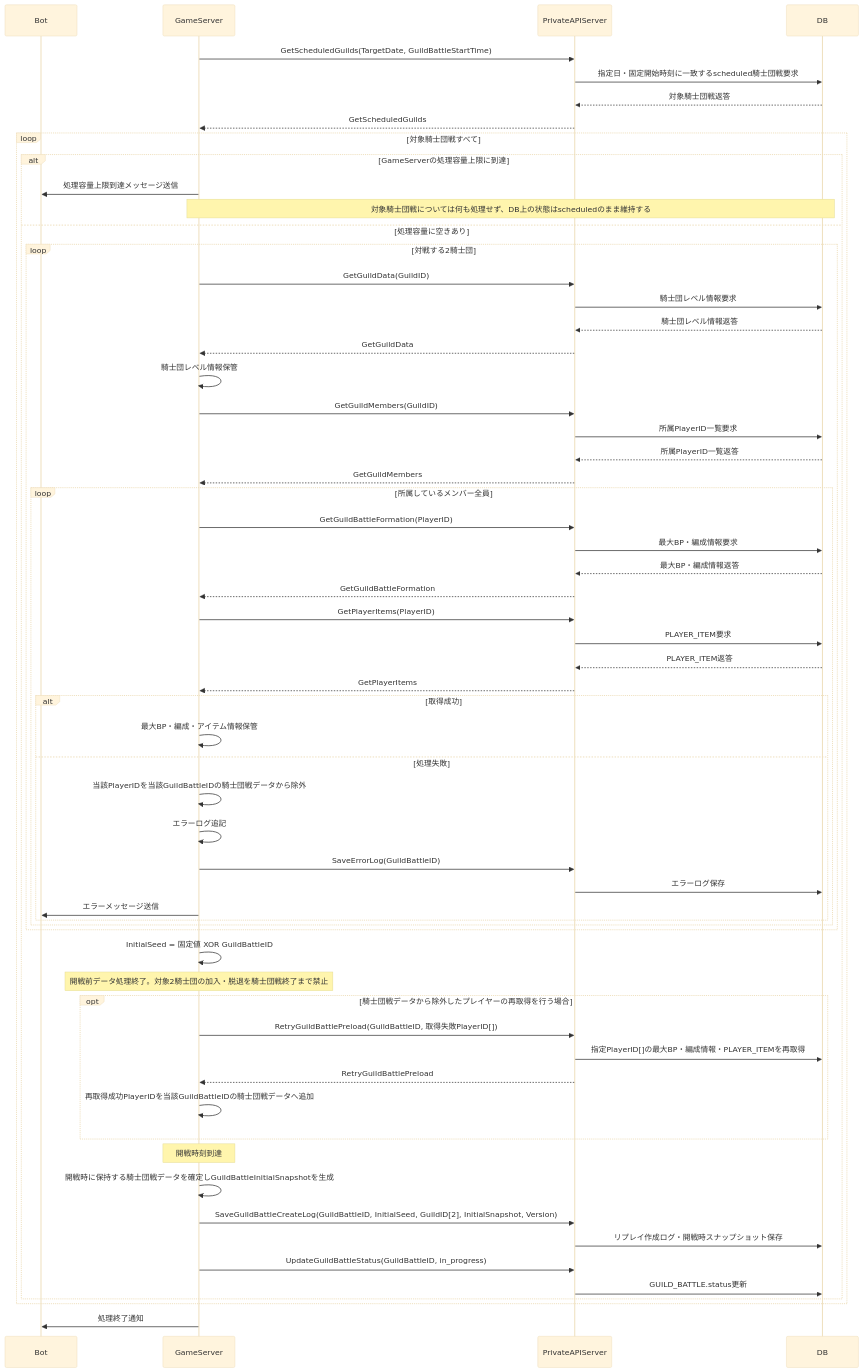
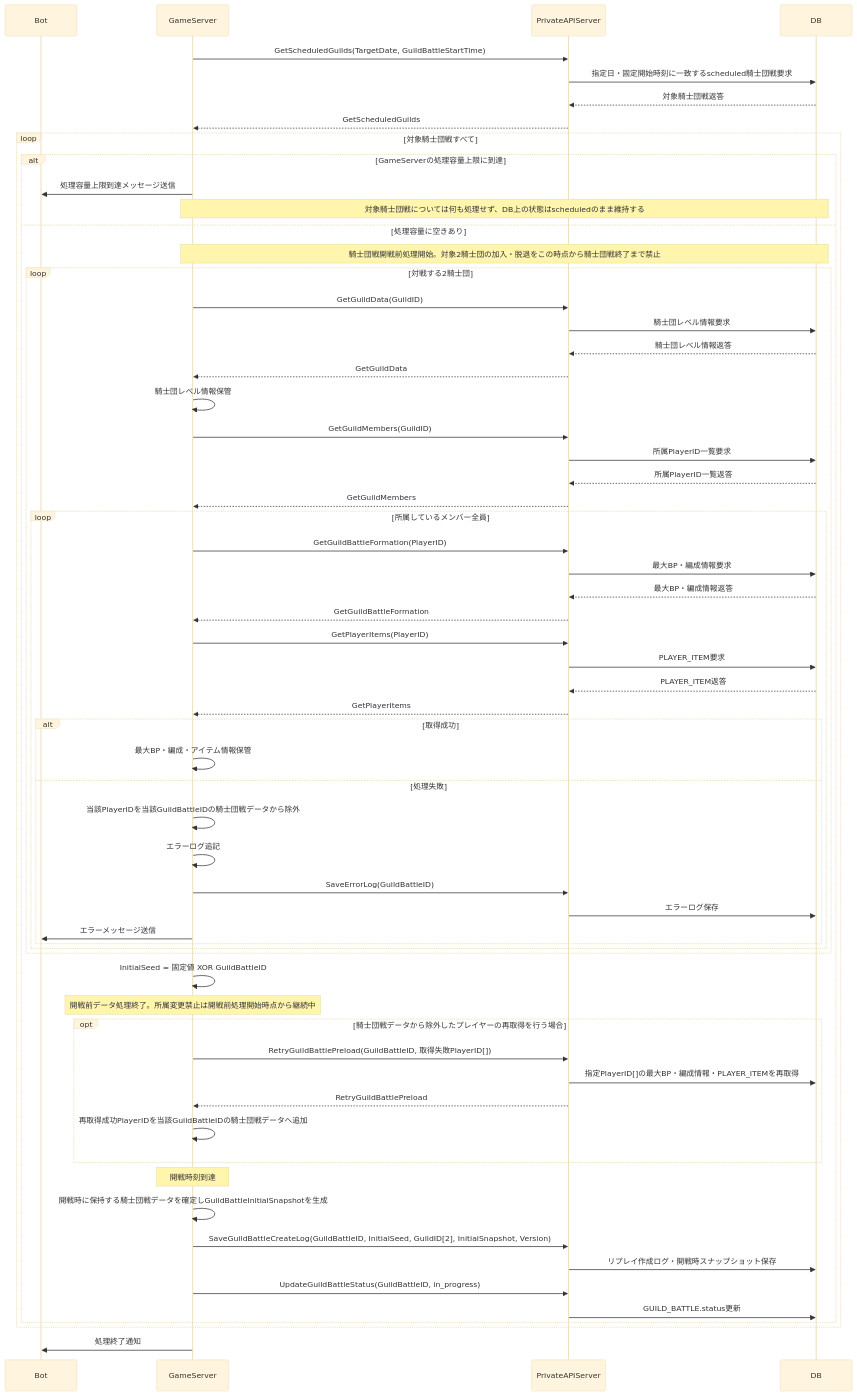
Before and after one commit to ReHydrangeaOdyssey/Specifications: the sixth of 16 diagrams in design/guild_battle.md, drawn with Mermaid (base theme). The commit also changed other lines of this file and 15 other files, not shown here.

````diff
--- a/design/guild_battle.md
+++ b/design/guild_battle.md
@@ -177,73 +177,74 @@
 ```mermaid
 sequenceDiagram
     participant Bot
     participant GameServer
     participant PrivateAPIServer
     participant DB
 
     GameServer->>PrivateAPIServer: GetScheduledGuilds(TargetDate, GuildBattleStartTime)
     PrivateAPIServer->>DB: 指定日・固定開始時刻に一致するscheduled騎士団戦要求
     DB-->>PrivateAPIServer: 対象騎士団戦返答
     PrivateAPIServer-->>GameServer: GetScheduledGuilds
 
     loop 対象騎士団戦すべて
         alt GameServerの処理容量上限に到達
             GameServer->>Bot: 処理容量上限到達メッセージ送信
             Note over GameServer,DB: 対象騎士団戦については何も処理せず、DB上の状態はscheduledのまま維持する
         else 処理容量に空きあり
+            Note over GameServer,DB: 騎士団戦開戦前処理開始。対象2騎士団の加入・脱退をこの時点から騎士団戦終了まで禁止
             loop 対戦する2騎士団
                 GameServer->>PrivateAPIServer: GetGuildData(GuildID)
                 PrivateAPIServer->>DB: 騎士団レベル情報要求
                 DB-->>PrivateAPIServer: 騎士団レベル情報返答
                 PrivateAPIServer-->>GameServer: GetGuildData
                 GameServer->>GameServer: 騎士団レベル情報保管
 
                 GameServer->>PrivateAPIServer: GetGuildMembers(GuildID)
                 PrivateAPIServer->>DB: 所属PlayerID一覧要求
                 DB-->>PrivateAPIServer: 所属PlayerID一覧返答
                 PrivateAPIServer-->>GameServer: GetGuildMembers
 
                 loop 所属しているメンバー全員
                     GameServer->>PrivateAPIServer: GetGuildBattleFormation(PlayerID)
                     PrivateAPIServer->>DB: 最大BP・編成情報要求
                     DB-->>PrivateAPIServer: 最大BP・編成情報返答
                     PrivateAPIServer-->>GameServer: GetGuildBattleFormation
 
                     GameServer->>PrivateAPIServer: GetPlayerItems(PlayerID)
                     PrivateAPIServer->>DB: PLAYER_ITEM要求
                     DB-->>PrivateAPIServer: PLAYER_ITEM返答
                     PrivateAPIServer-->>GameServer: GetPlayerItems
 
                     alt 取得成功
                         GameServer->>GameServer: 最大BP・編成・アイテム情報保管
                     else 処理失敗
                         GameServer->>GameServer: 当該PlayerIDを当該GuildBattleIDの騎士団戦データから除外
                         GameServer->>GameServer: エラーログ追記
                         GameServer->>PrivateAPIServer: SaveErrorLog(GuildBattleID)
                         PrivateAPIServer->>DB: エラーログ保存
                         GameServer->>Bot: エラーメッセージ送信
                     end
                 end
             end
 
             GameServer->>GameServer: InitialSeed = 固定値 XOR GuildBattleID
 
-            Note over GameServer: 開戦前データ処理終了。対象2騎士団の加入・脱退を騎士団戦終了まで禁止
+            Note over GameServer: 開戦前データ処理終了。所属変更禁止は開戦前処理開始時点から継続中
             opt 騎士団戦データから除外したプレイヤーの再取得を行う場合
                 GameServer->>PrivateAPIServer: RetryGuildBattlePreload(GuildBattleID, 取得失敗PlayerID[])
                 PrivateAPIServer->>DB: 指定PlayerID[]の最大BP・編成情報・PLAYER_ITEMを再取得
                 PrivateAPIServer-->>GameServer: RetryGuildBattlePreload
                 GameServer->>GameServer: 再取得成功PlayerIDを当該GuildBattleIDの騎士団戦データへ追加
             end
 
             Note over GameServer: 開戦時刻到達
             GameServer->>GameServer: 開戦時に保持する騎士団戦データを確定しGuildBattleInitialSnapshotを生成
             GameServer->>PrivateAPIServer: SaveGuildBattleCreateLog(GuildBattleID, InitialSeed, GuildID[2], InitialSnapshot, Version)
             PrivateAPIServer->>DB: リプレイ作成ログ・開戦時スナップショット保存
             GameServer->>PrivateAPIServer: UpdateGuildBattleStatus(GuildBattleID, in_progress)
             PrivateAPIServer->>DB: GUILD_BATTLE.status更新
         end
     end
 
     GameServer->>Bot: 処理終了通知
 ```
````
